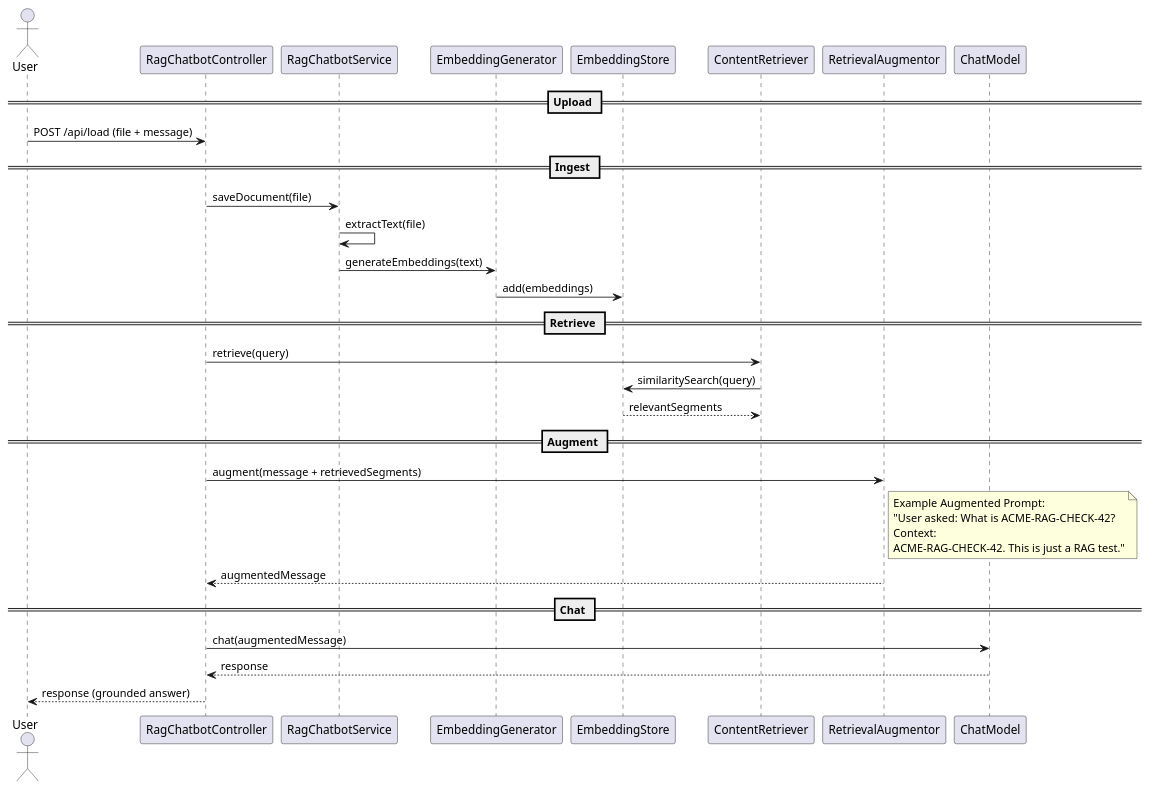
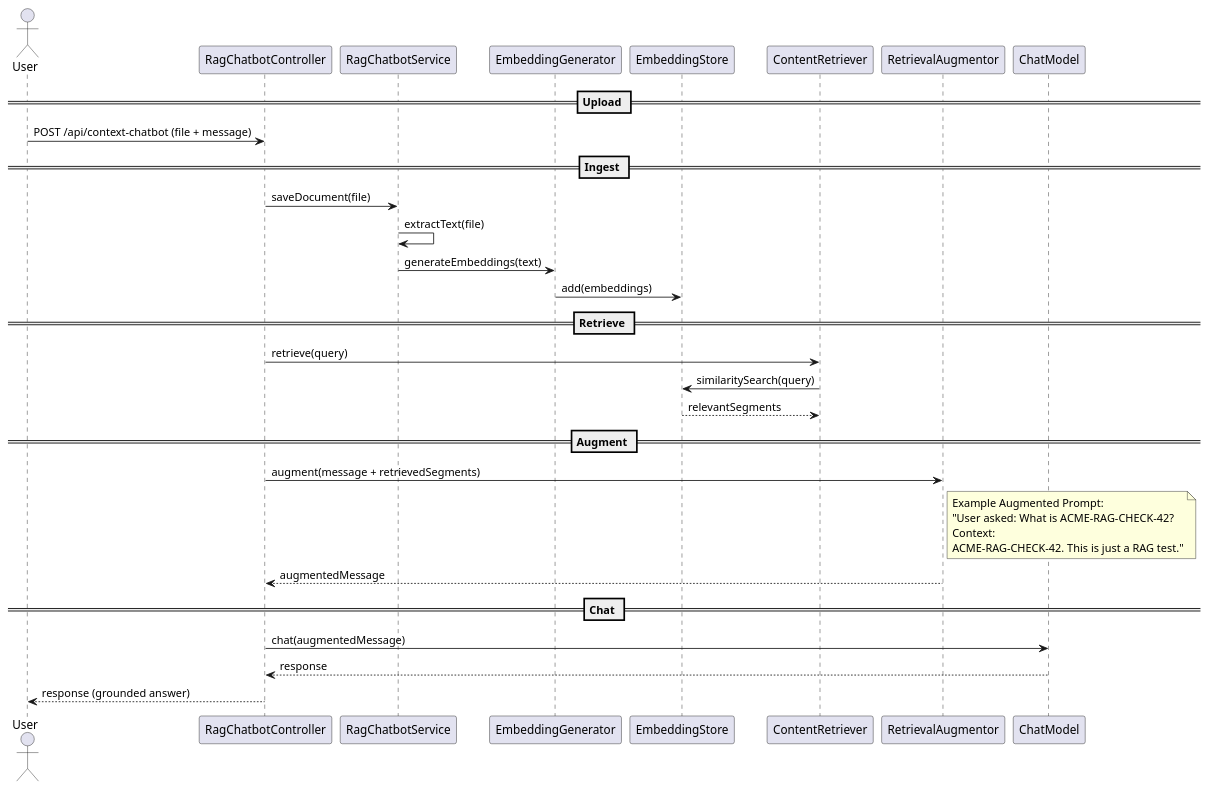
Before and after one commit to devmahadev/rag-chatbot-springboot-langchain4j-azure-openai: the diagram in src/main/resources/plantUMLDiagrams/RAGImplSequenceDiagram.puml, drawn with PlantUML. The commit also changed 3 other files, not shown here.

```diff
--- a/src/main/resources/plantUMLDiagrams/RAGImplSequenceDiagram.puml
+++ b/src/main/resources/plantUMLDiagrams/RAGImplSequenceDiagram.puml
@@ -1,39 +1,39 @@
 @startuml
 actor User
 participant RagChatbotController
 participant RagChatbotService
 participant EmbeddingGenerator
 participant EmbeddingStore
 participant ContentRetriever
 participant RetrievalAugmentor
 participant ChatModel
 
 == Upload ==
-User -> RagChatbotController: POST /api/load (file + message)
+User -> RagChatbotController: POST /api/context-chatbot (file + message)
 
 == Ingest ==
 RagChatbotController -> RagChatbotService: saveDocument(file)
 RagChatbotService -> RagChatbotService: extractText(file)
 RagChatbotService -> EmbeddingGenerator: generateEmbeddings(text)
 EmbeddingGenerator -> EmbeddingStore: add(embeddings)
 
 == Retrieve ==
 RagChatbotController -> ContentRetriever: retrieve(query)
 ContentRetriever -> EmbeddingStore: similaritySearch(query)
 EmbeddingStore --> ContentRetriever: relevantSegments
 
 == Augment ==
 RagChatbotController -> RetrievalAugmentor: augment(message + retrievedSegments)
 note right of RetrievalAugmentor
 Example Augmented Prompt:
 "User asked: What is ACME-RAG-CHECK-42?
 Context:
 ACME-RAG-CHECK-42. This is just a RAG test."
 end note
 RetrievalAugmentor --> RagChatbotController: augmentedMessage
 
 == Chat ==
 RagChatbotController -> ChatModel: chat(augmentedMessage)
 ChatModel --> RagChatbotController: response
 RagChatbotController --> User: response (grounded answer)
 @enduml
```
